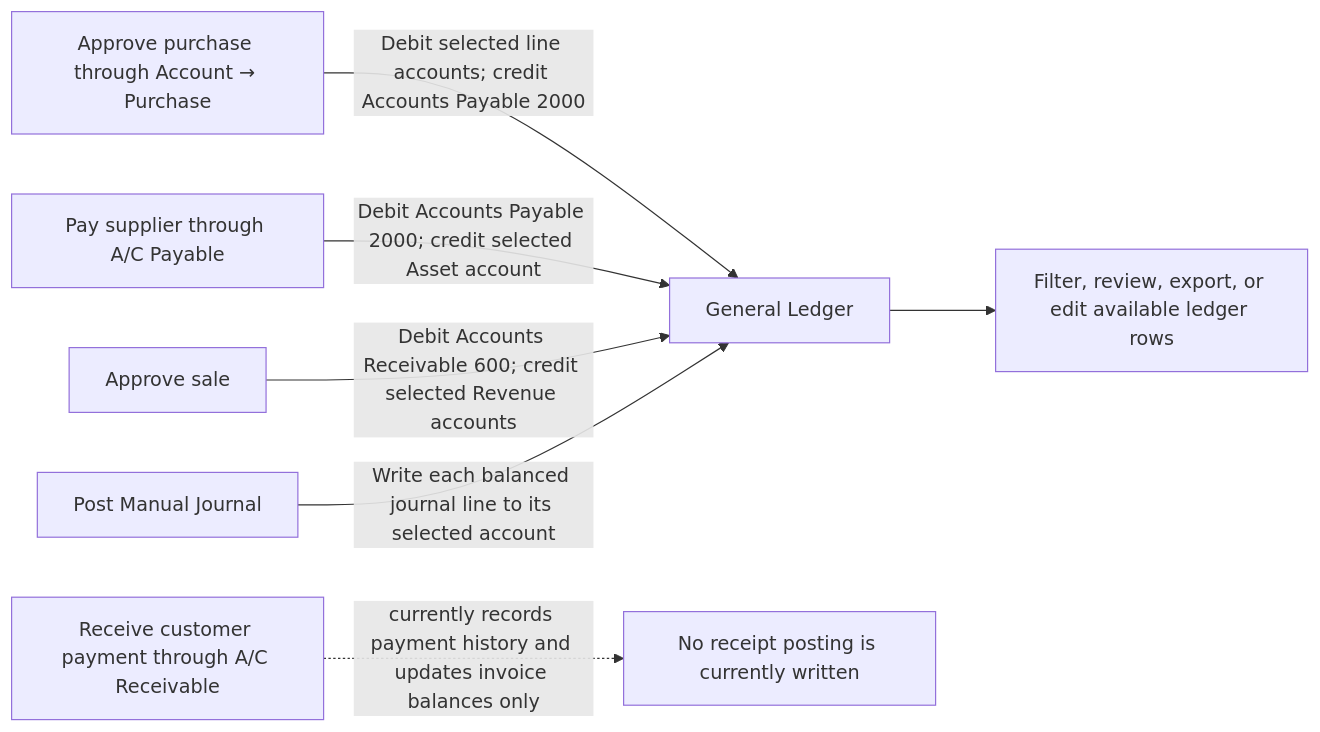
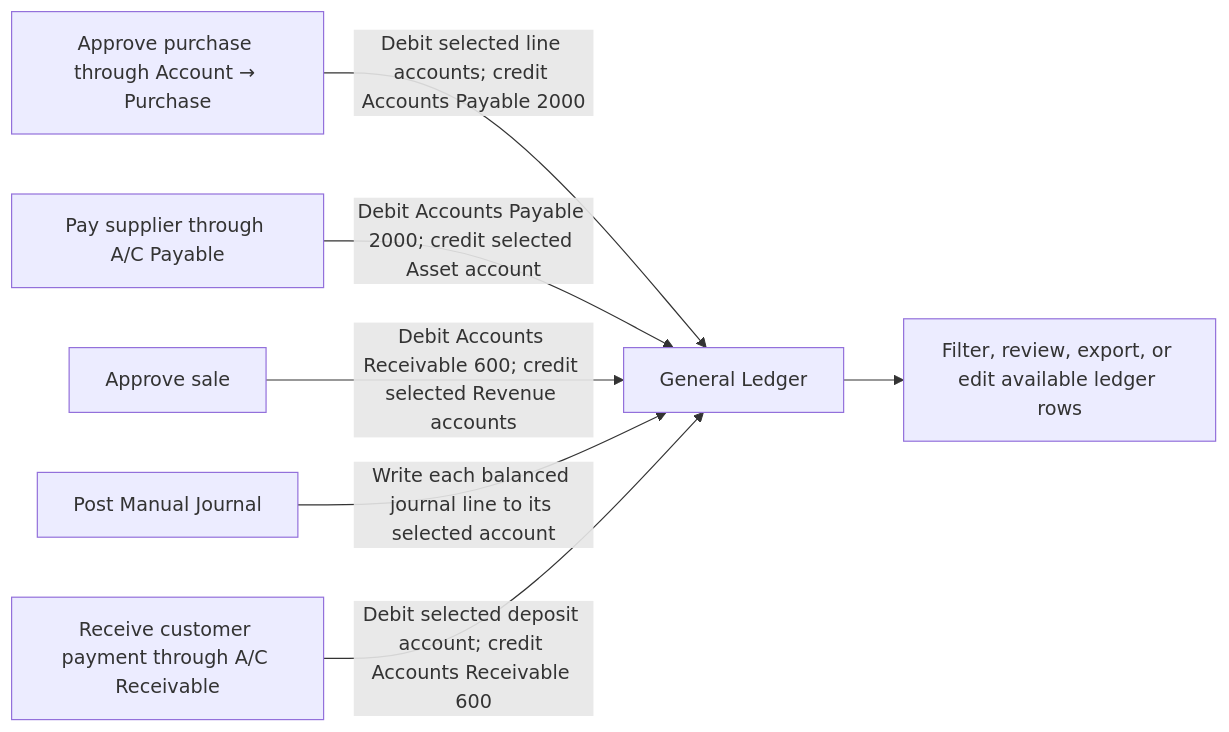
One commit to ThawHtooZin/LMS changed the third of 3 diagrams in UserFlowDiagrams/Account/generalLedgerUserFlowDiagram.md. Above: the diagram before and after it, drawn with Mermaid. The commit also changed other lines of this file and 25 other files, not shown here.

Commit message:
Made some changes in Account Diagrams and added new ones in Packing Material

````diff
--- a/UserFlowDiagrams/Account/generalLedgerUserFlowDiagram.md
+++ b/UserFlowDiagrams/Account/generalLedgerUserFlowDiagram.md
@@ -41,9 +41,9 @@
 ```mermaid
 flowchart LR
     A[Approve purchase through Account → Purchase] -->|Debit selected line accounts; credit Accounts Payable 2000| G[General Ledger]
     B[Pay supplier through A/C Payable] -->|Debit Accounts Payable 2000; credit selected Asset account| G
     C[Approve sale] -->|Debit Accounts Receivable 600; credit selected Revenue accounts| G
     D[Post Manual Journal] -->|Write each balanced journal line to its selected account| G
-    E[Receive customer payment through A/C Receivable] -. currently records payment history and updates invoice balances only .-> F[No receipt posting is currently written]
+    E[Receive customer payment through A/C Receivable] -->|Debit selected deposit account; credit Accounts Receivable 600| G
     G --> H[Filter, review, export, or edit available ledger rows]
 ```
````
